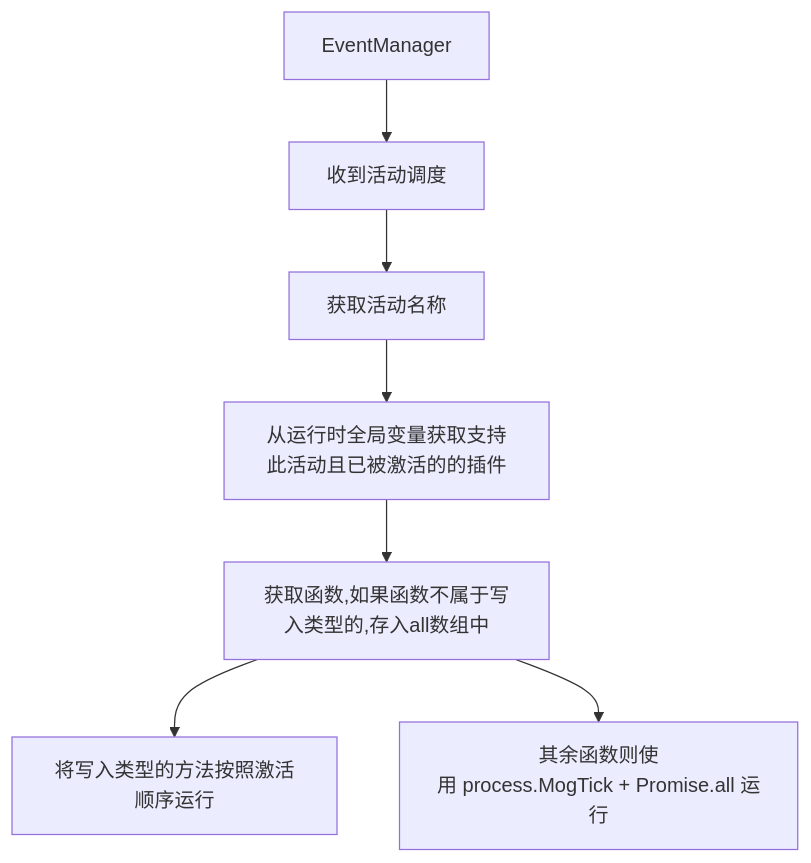
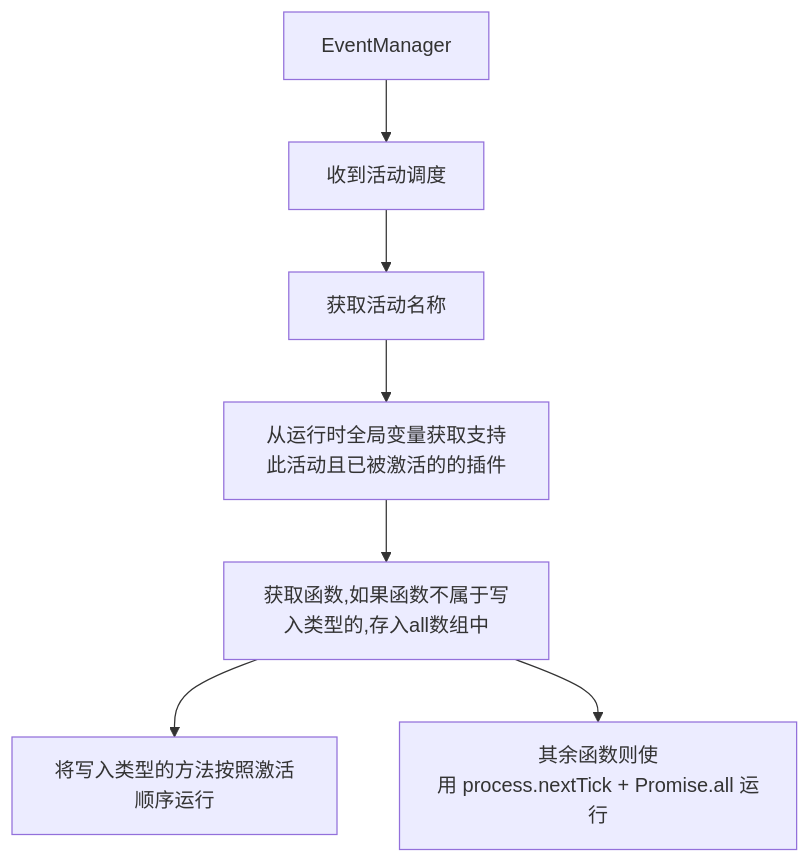
Before and after one commit to mogland/rfcs: the second of 2 diagrams in active-rfcs/0001-plugin-ststem.md, drawn with Mermaid. The commit also changed other lines of this file, not shown here.

````diff
--- a/active-rfcs/0001-plugin-ststem.md
+++ b/active-rfcs/0001-plugin-ststem.md
@@ -228,8 +230,8 @@
 ```mermaid
 flowchart TD;
 EventManager --> 收到活动调度
 收到活动调度 --> 获取活动名称
 获取活动名称 --> 从运行时全局变量获取支持此活动且已被激活的的插件
 从运行时全局变量获取支持此活动且已被激活的的插件 --> 获取函数,如果函数不属于写入类型的,存入all数组中 --> 将写入类型的方法按照激活顺序运行 
-获取函数,如果函数不属于写入类型的,存入all数组中 --> 其余函数则使用&nbspprocess.MogTick&nbsp+&nbspPromise.all&nbsp运行
+获取函数,如果函数不属于写入类型的,存入all数组中 --> 其余函数则使用&nbspprocess.nextTick&nbsp+&nbspPromise.all&nbsp运行
 ```
````
